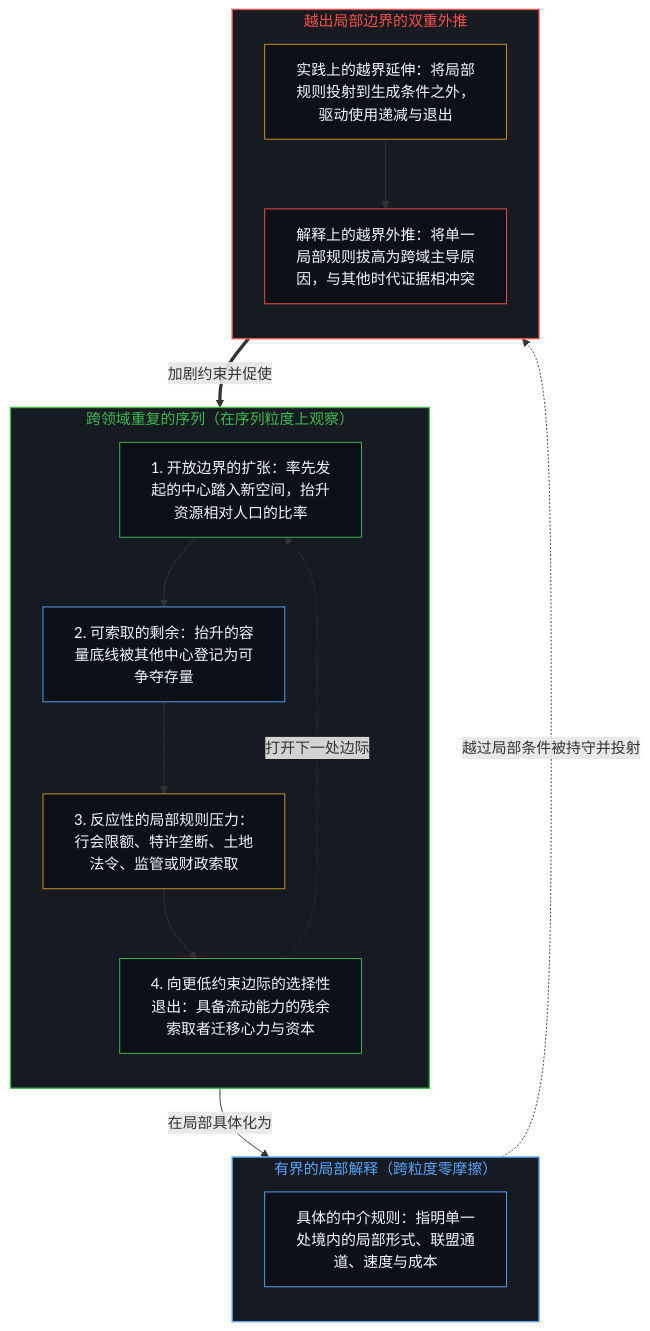
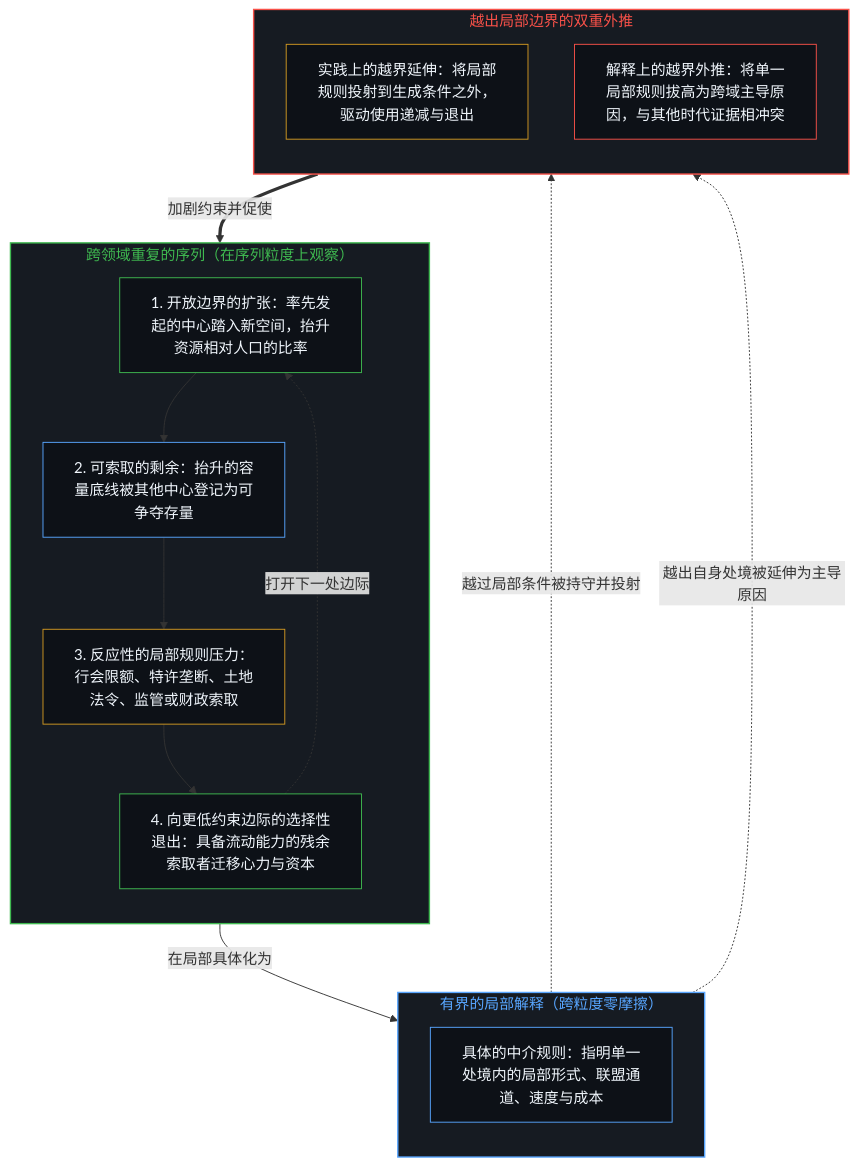
The first of 4 diagrams in content/posts/the-sequence-of-expansion-and-the-boundary-of-local-accounts.md (powerpig99/not-a-toe), drawn with Mermaid before and after one commit. The commit also changed other lines of this file and 1 other file, not shown here.

Commit message:
Consolidate Deep Sleep Batch 9 (lane-society): restore choosing-center locus and split Diagram 1 branches in the-sequence-of-expansion-and-the-boundary-of-local-accounts

````diff
--- a/content/posts/the-sequence-of-expansion-and-the-boundary-of-local-accounts.md
+++ b/content/posts/the-sequence-of-expansion-and-the-boundary-of-local-accounts.md
@@ -17,35 +17,35 @@
 ```mermaid
 flowchart TD
     subgraph S_Seq["跨领域重复的序列（在序列粒度上观察）"]
         direction TB
         Q1["1. 开放边界的扩张：率先发起的中心踏入新空间，抬升资源相对人口的比率"]
         Q2["2. 可索取的剩余：抬升的容量底线被其他中心登记为可争夺存量"]
         Q3["3. 反应性的局部规则压力：行会限额、特许垄断、土地法令、监管或财政索取"]
         Q4["4. 向更低约束边际的选择性退出：具备流动能力的残余索取者迁移心力与资本"]
         Q1 --> Q2 --> Q3 --> Q4
     end
     subgraph S_Local["有界的局部解释（跨粒度零摩擦）"]
         direction TB
         B1["具体的中介规则：指明单一处境内的局部形式、联盟通道、速度与成本"]
     end
     subgraph S_Over["越出局部边界的双重外推"]
         direction TB
         O1["实践上的越界延伸：将局部规则投射到生成条件之外，驱动使用递减与退出"]
         O2["解释上的越界外推：将单一局部规则拔高为跨域主导原因，与其他时代证据相冲突"]
-        O1 --> O2
     end
     Q3 -->|"在局部具体化为"| B1
     Q4 -.->|"打开下一处边际"| Q1
     B1 -.->|"越过局部条件被持守并投射"| O1
+    B1 -.->|"越出自身处境被延伸为主导原因"| O2
     O1 ==>|"加剧约束并促使"| Q4
     style S_Seq fill:#161b22,stroke:#3fb950,stroke-width:1.5px,color:#3fb950
     style S_Local fill:#161b22,stroke:#58a6ff,stroke-width:1.5px,color:#58a6ff
     style S_Over fill:#161b22,stroke:#f85149,stroke-width:1.5px,color:#f85149
     style Q1 fill:#0d1117,stroke:#3fb950,stroke-width:1px,color:#f0f6fc
     style Q2 fill:#0d1117,stroke:#58a6ff,stroke-width:1px,color:#f0f6fc
     style Q3 fill:#0d1117,stroke:#d29922,stroke-width:1px,color:#f0f6fc
     style Q4 fill:#0d1117,stroke:#3fb950,stroke-width:1px,color:#f0f6fc
     style B1 fill:#0d1117,stroke:#58a6ff,stroke-width:1px,color:#f0f6fc
     style O1 fill:#0d1117,stroke:#d29922,stroke-width:1px,color:#f0f6fc
     style O2 fill:#0d1117,stroke:#f85149,stroke-width:1px,color:#f0f6fc
 ```
````
